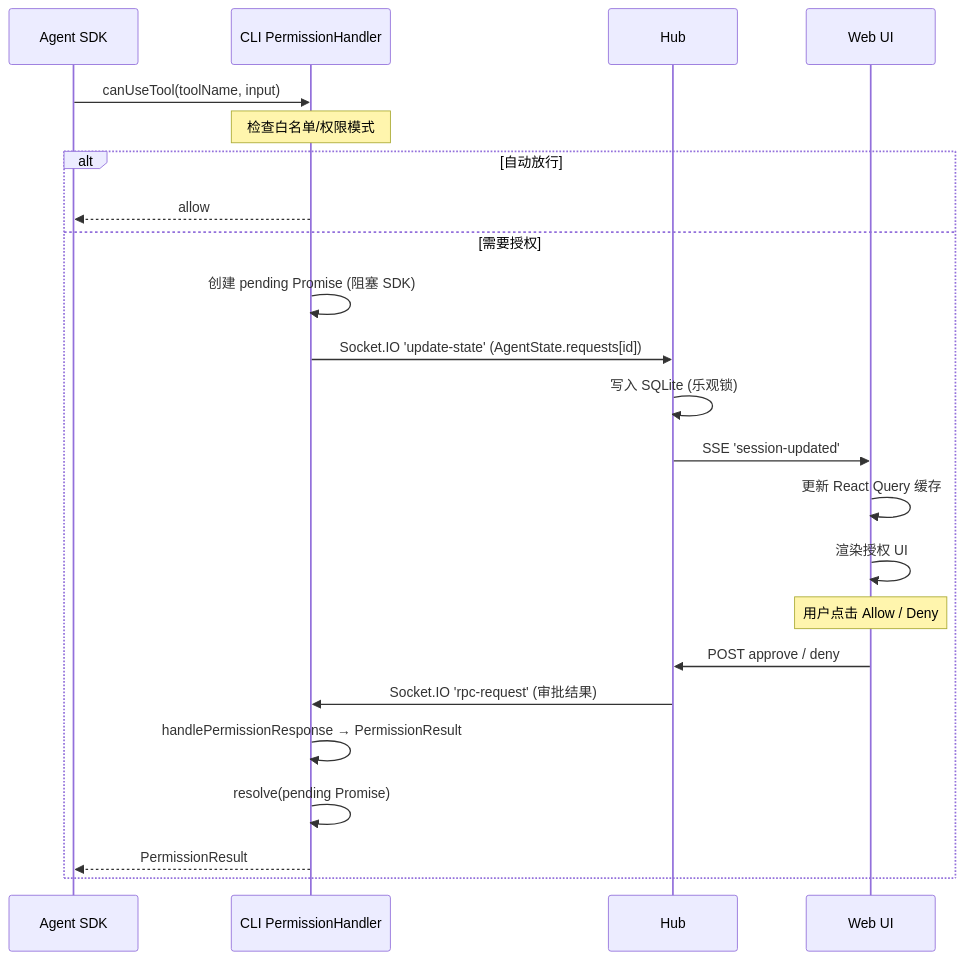
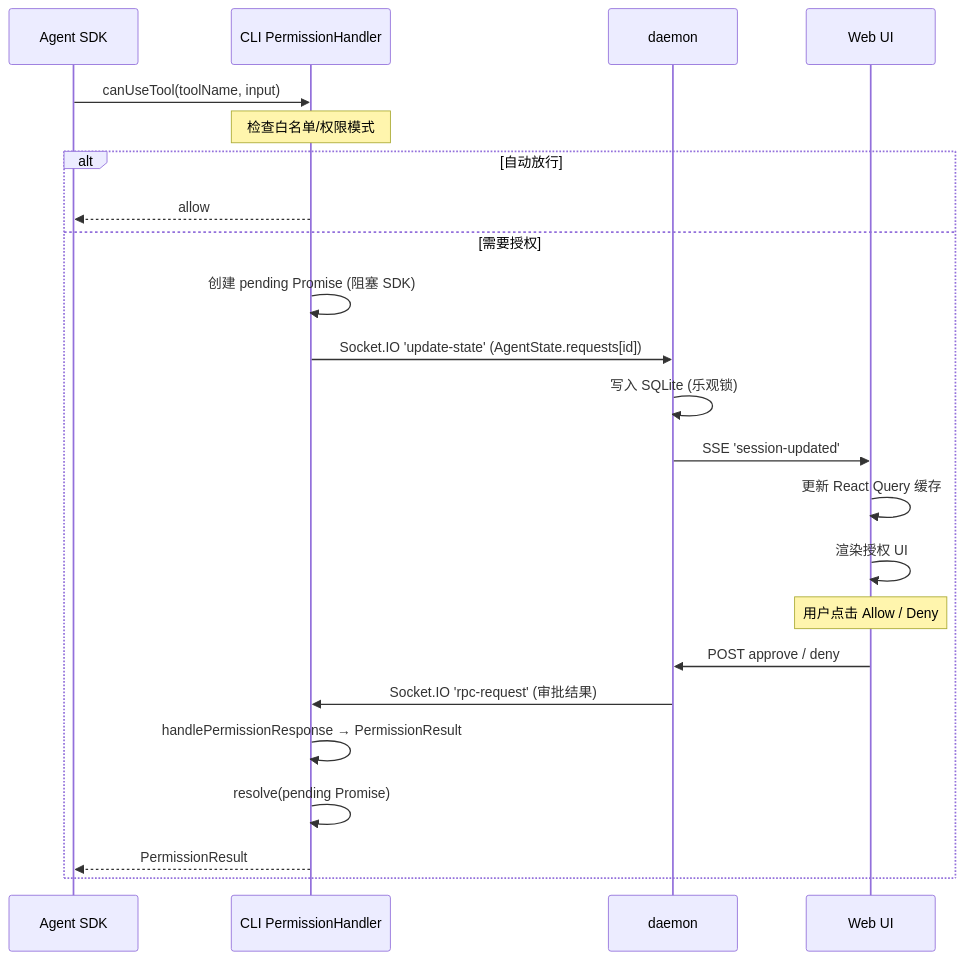
One commit to ModuBit/mobi changed the diagram in docs/architecture/tool-permission.md. Above: the diagram before and after it, drawn with Mermaid. The commit also changed other lines of this file and 86 other files, not shown here.

````diff
--- a/docs/architecture/tool-permission.md
+++ b/docs/architecture/tool-permission.md
@@ -109,27 +109,27 @@
 ```mermaid
 sequenceDiagram
     participant SDK as Agent SDK
     participant CLI as CLI PermissionHandler
-    participant Hub as Hub
+    participant daemon as daemon
     participant Web as Web UI
 
     SDK->>CLI: canUseTool(toolName, input)
     Note over CLI: 检查白名单/权限模式
     alt 自动放行
         CLI-->>SDK: allow
     else 需要授权
         CLI->>CLI: 创建 pending Promise (阻塞 SDK)
-        CLI->>Hub: Socket.IO 'update-state' (AgentState.requests[id])
-        Hub->>Hub: 写入 SQLite (乐观锁)
-        Hub->>Web: SSE 'session-updated'
+        CLI->>daemon: Socket.IO 'update-state' (AgentState.requests[id])
+        daemon->>daemon: 写入 SQLite (乐观锁)
+        daemon->>Web: SSE 'session-updated'
         Web->>Web: 更新 React Query 缓存
         Web->>Web: 渲染授权 UI
 
         Note over Web: 用户点击 Allow / Deny
-        Web->>Hub: POST approve / deny
-        Hub->>CLI: Socket.IO 'rpc-request' (审批结果)
+        Web->>daemon: POST approve / deny
+        daemon->>CLI: Socket.IO 'rpc-request' (审批结果)
         CLI->>CLI: handlePermissionResponse → PermissionResult
         CLI->>CLI: resolve(pending Promise)
         CLI-->>SDK: PermissionResult
     end
 ```
````
